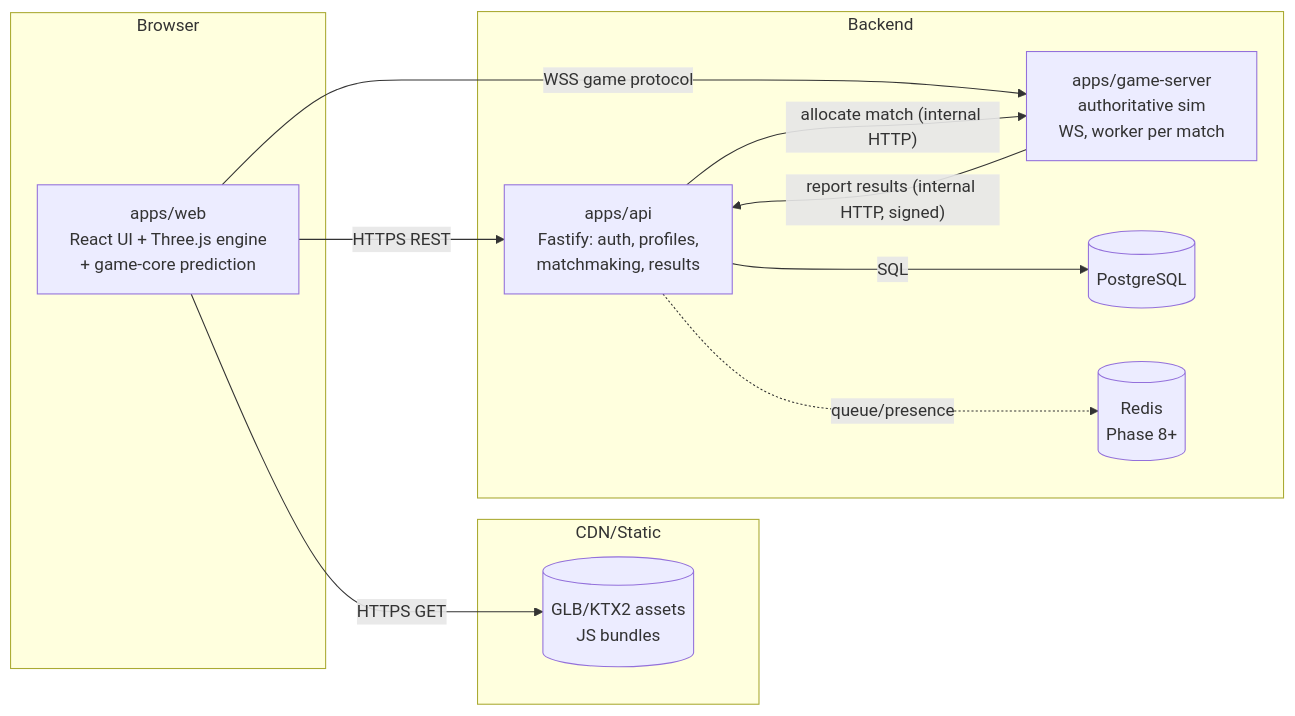
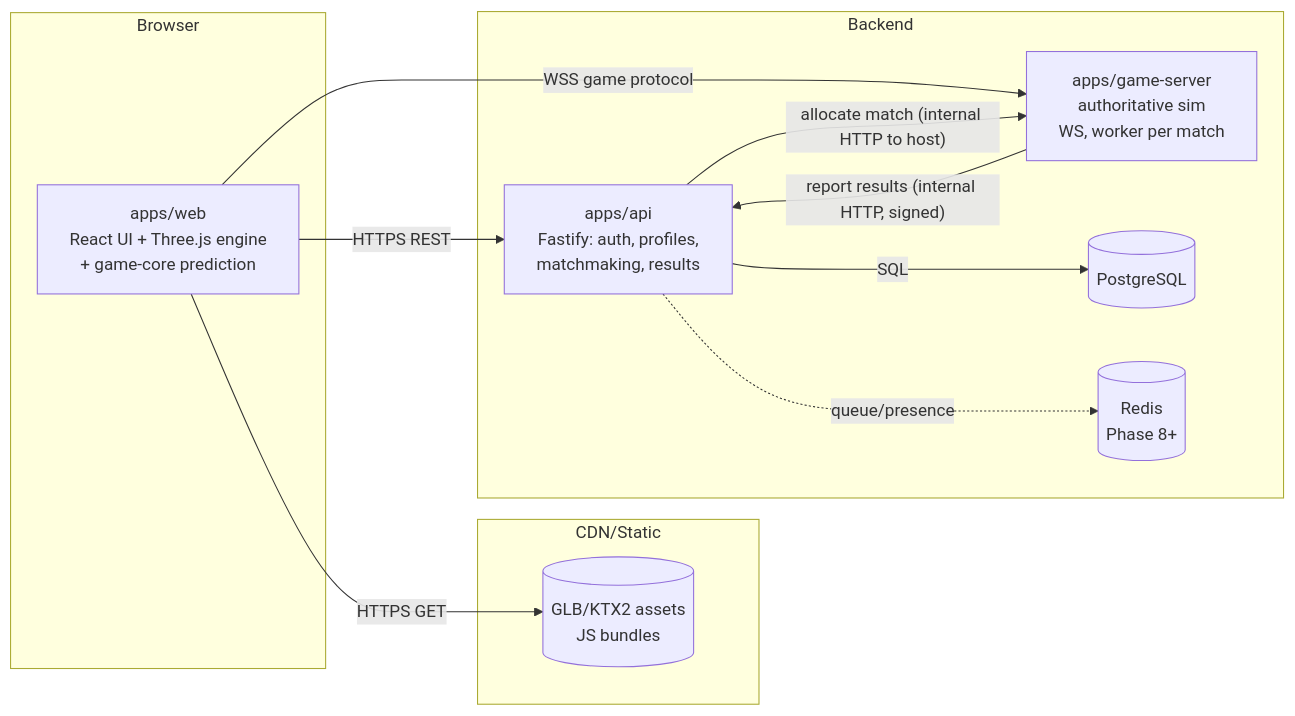
Before and after one commit to thakurtpr/bgmi-clone: the diagram in docs/architecture/phase-1-architecture.md, drawn with Mermaid. The commit also changed other lines of this file, not shown here.

First line of the commit message:
docs: resolve builder-check findings in Phase 1 architecture

````diff
--- a/docs/architecture/phase-1-architecture.md
+++ b/docs/architecture/phase-1-architecture.md
@@ -37,22 +37,22 @@
 ```mermaid
 flowchart LR
   subgraph Browser
     WEB[apps/web<br/>React UI + Three.js engine<br/>+ game-core prediction]
   end
   subgraph CDN/Static
     ASSETS[(GLB/KTX2 assets<br/>JS bundles)]
   end
   subgraph Backend
     API[apps/api<br/>Fastify: auth, profiles,<br/>matchmaking, results]
     GS[apps/game-server<br/>authoritative sim<br/>WS, worker per match]
     PG[(PostgreSQL)]
     RD[(Redis<br/>Phase 8+)]
   end
   WEB -- HTTPS REST --> API
   WEB -- WSS game protocol --> GS
   WEB -- HTTPS GET --> ASSETS
   API -- SQL --> PG
   API -. queue/presence .-> RD
-  API -- allocate match (internal HTTP) --> GS
+  API -- allocate match (internal HTTP to host) --> GS
   GS -- report results (internal HTTP, signed) --> API
 ```
````
